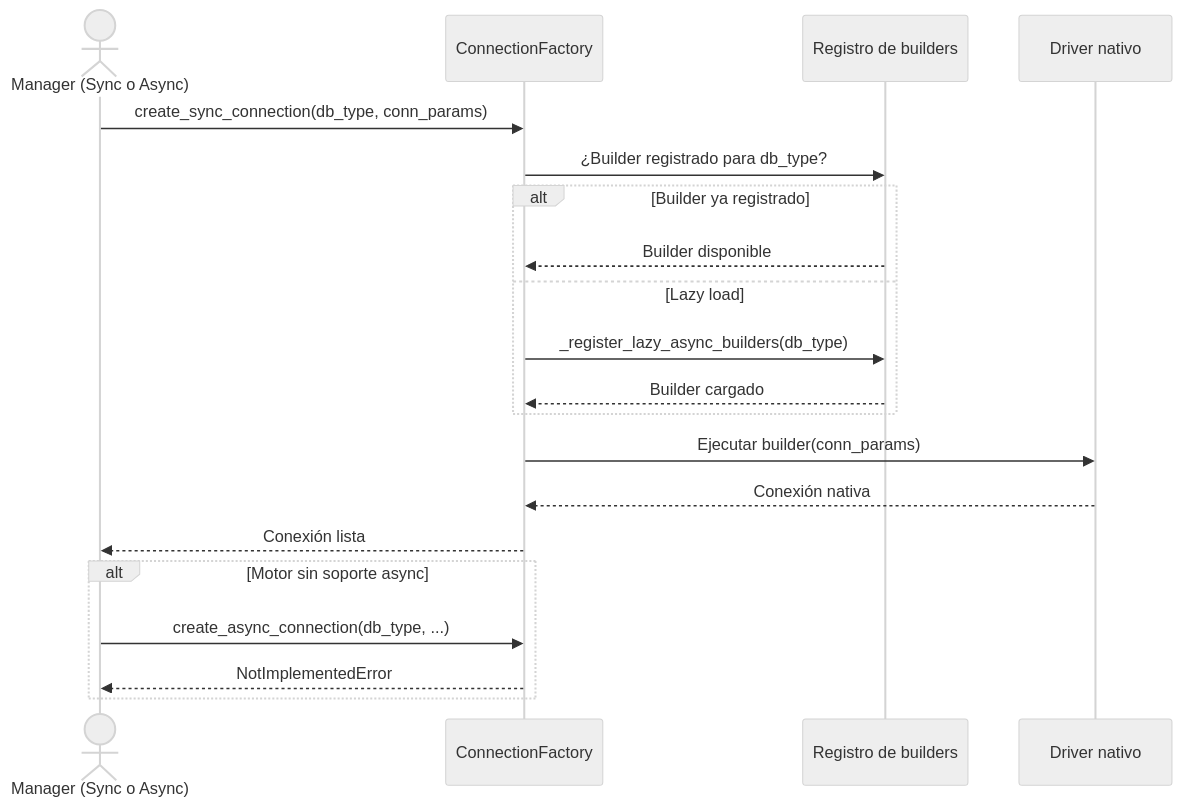
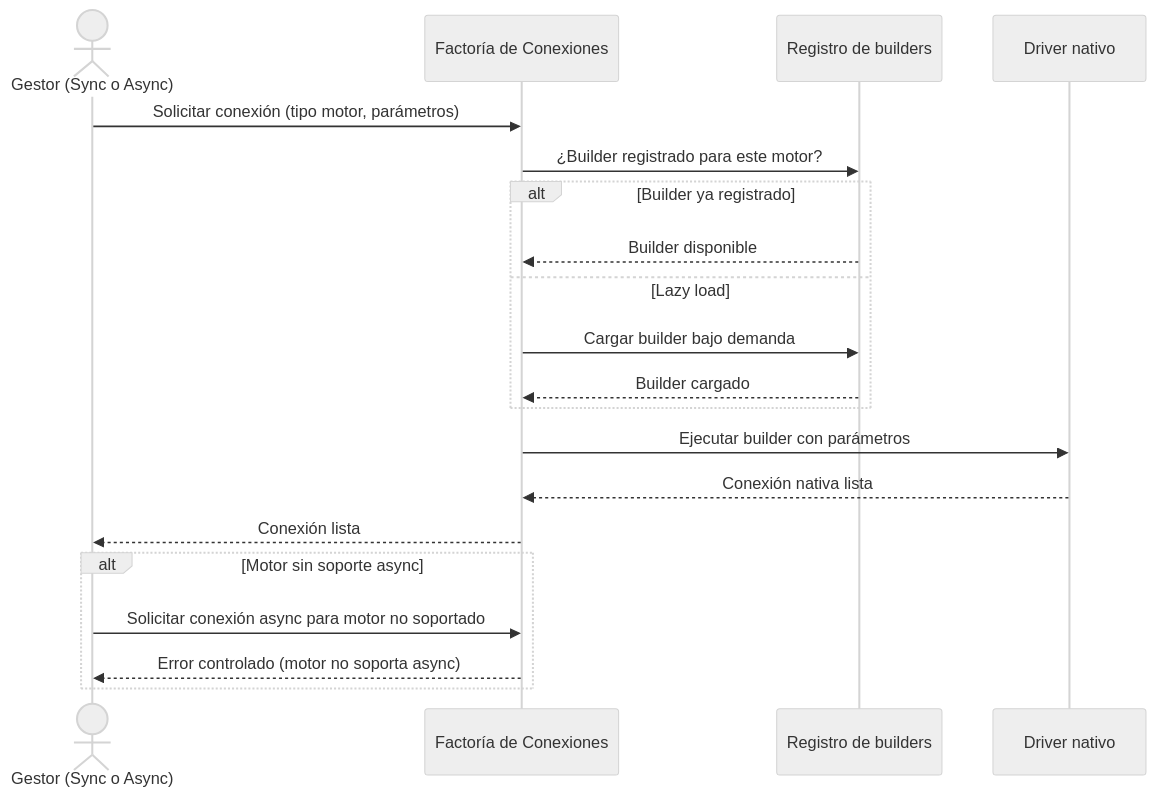
The diagram in docs/functional/drivers-selection.md (fmanza/util_bbdd), drawn with Mermaid (neutral theme) before and after one commit. The commit also changed other lines of this file and 117 other files, not shown here.

````diff
--- a/docs/functional/drivers-selection.md
+++ b/docs/functional/drivers-selection.md
@@ -15,24 +28,24 @@
 ```mermaid
 sequenceDiagram
-    actor Mgr as Manager (Sync o Async)
-    participant CF as ConnectionFactory
+    actor Mgr as Gestor (Sync o Async)
+    participant CF as Factoría de Conexiones
     participant Reg as Registro de builders
     participant Drv as Driver nativo
 
-    Mgr->>CF: create_sync_connection(db_type, conn_params)
-    CF->>Reg: ¿Builder registrado para db_type?
+    Mgr->>CF: Solicitar conexión (tipo motor, parámetros)
+    CF->>Reg: ¿Builder registrado para este motor?
     alt Builder ya registrado
         Reg-->>CF: Builder disponible
     else Lazy load
-        CF->>Reg: _register_lazy_async_builders(db_type)
+        CF->>Reg: Cargar builder bajo demanda
         Reg-->>CF: Builder cargado
     end
-    CF->>Drv: Ejecutar builder(conn_params)
-    Drv-->>CF: Conexión nativa
+    CF->>Drv: Ejecutar builder con parámetros
+    Drv-->>CF: Conexión nativa lista
     CF-->>Mgr: Conexión lista
 
     alt Motor sin soporte async
-        Mgr->>CF: create_async_connection(db_type, ...)
-        CF-->>Mgr: NotImplementedError
+        Mgr->>CF: Solicitar conexión async para motor no soportado
+        CF-->>Mgr: Error controlado (motor no soporta async)
     end
 ```
````
